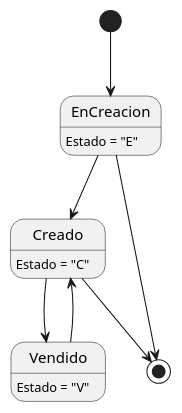
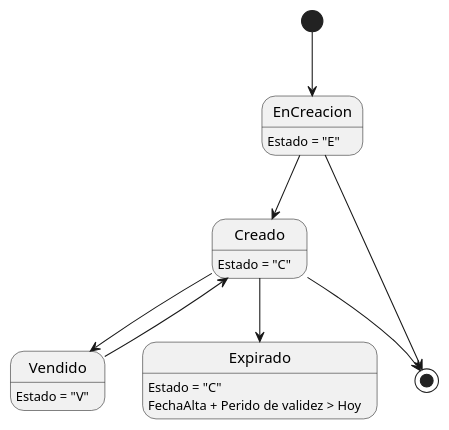
The fourth of 7 diagrams in DiagramasEstado/DiagramaDeEstado.puml (ZMGestion/DocumentacionZMGestion), drawn with PlantUML before and after one commit. The commit also changed other lines of this file and 4 other files, not shown here.

Commit message:
Cambios Diagrama de Clases, DCU, DE

```diff
--- a/DiagramasEstado/DiagramaDeEstado.puml
+++ b/DiagramasEstado/DiagramaDeEstado.puml
@@ -70,14 +81,17 @@
 @startuml presupuestos
 
 EnCreacion: Estado = "E"
 Creado: Estado = "C"
 Vendido: Estado = "V"
+Expirado: Estado = "C"
+Expirado: FechaAlta + Perido de validez > Hoy
 
 [*] --> EnCreacion
 EnCreacion --> Creado
 Creado --> Vendido
+Creado --> Expirado
 Vendido --> Creado
 EnCreacion --> [*]
 Creado --> [*]
 
 @enduml
```
